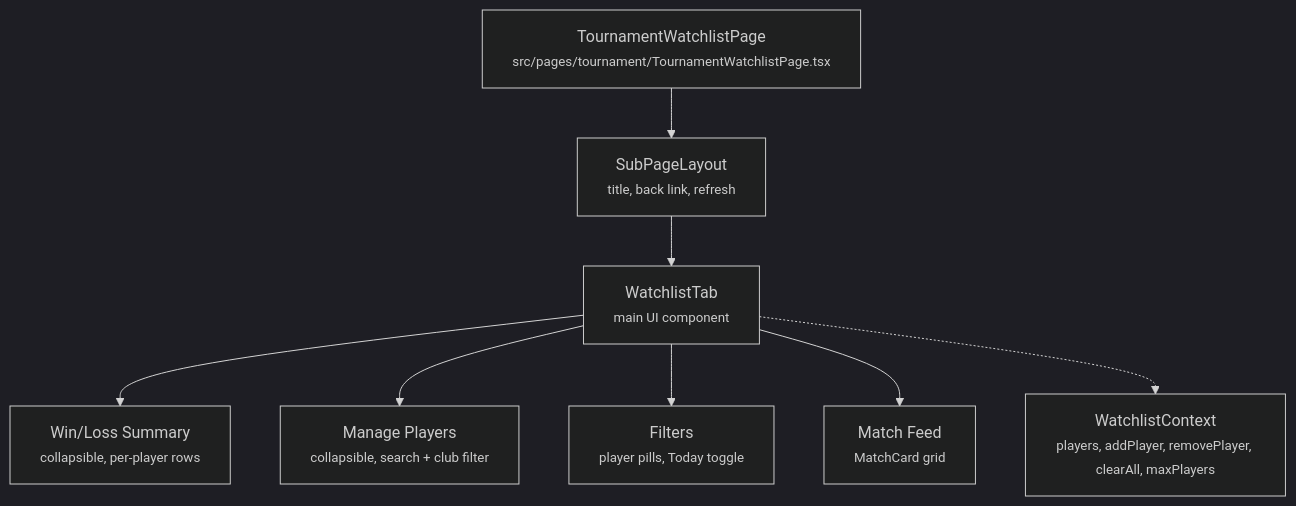
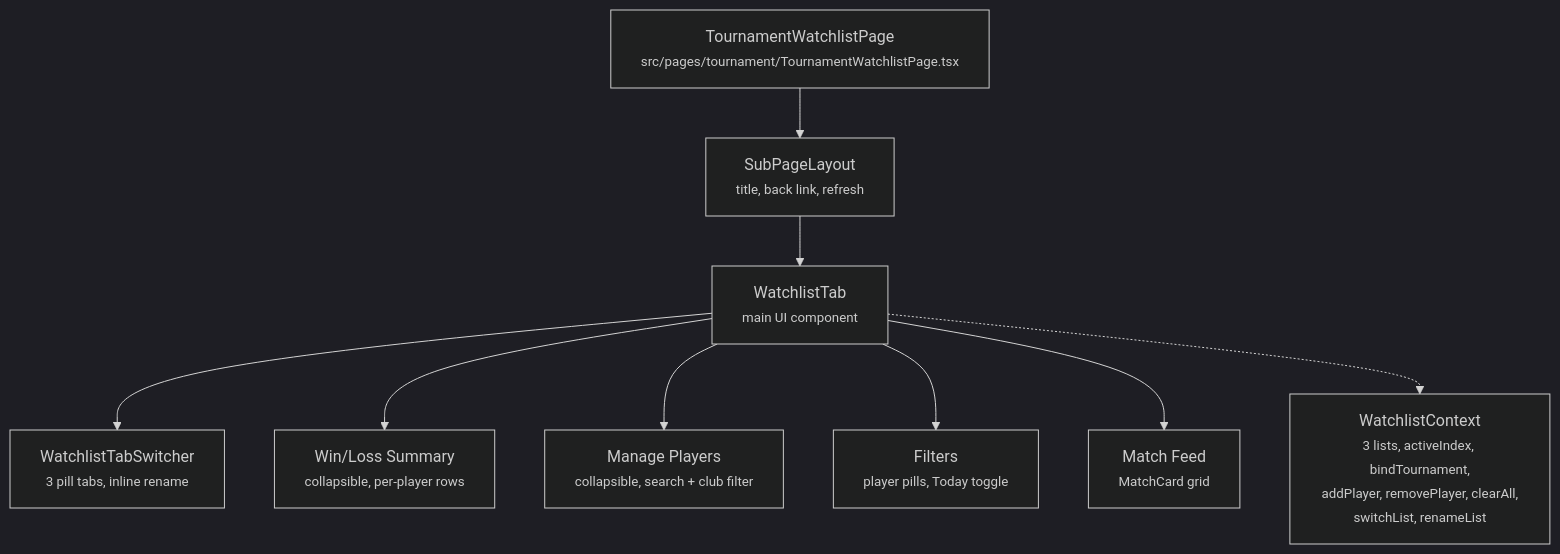
Before and after one commit to pookyl/usab-junior: the second of 2 diagrams in docs/design/tournaments-watchlist.md, drawn with Mermaid (dark theme). The commit also changed other lines of this file and 2 other files, not shown here.

First line of the commit message:
Add multi-watchlist with localStorage persistence

````diff
--- a/docs/design/tournaments-watchlist.md
+++ b/docs/design/tournaments-watchlist.md
@@ -61,12 +135,13 @@
 ```mermaid
 graph TD
     Page["TournamentWatchlistPage<br/><small>src/pages/tournament/TournamentWatchlistPage.tsx</small>"] --> SubPage["SubPageLayout<br/><small>title, back link, refresh</small>"]
     SubPage --> Tab["WatchlistTab<br/><small>main UI component</small>"]
 
+    Tab --> Switcher["WatchlistTabSwitcher<br/><small>3 pill tabs, inline rename</small>"]
     Tab --> Summary["Win/Loss Summary<br/><small>collapsible, per-player rows</small>"]
     Tab --> Picker["Manage Players<br/><small>collapsible, search + club filter</small>"]
     Tab --> Filters["Filters<br/><small>player pills, Today toggle</small>"]
     Tab --> MatchList["Match Feed<br/><small>MatchCard grid</small>"]
 
-    Tab -.-> WC["WatchlistContext<br/><small>players, addPlayer, removePlayer, clearAll, maxPlayers</small>"]
+    Tab -.-> WC["WatchlistContext<br/><small>3 lists, activeIndex, bindTournament,<br/>addPlayer, removePlayer, clearAll,<br/>switchList, renameList</small>"]
 ```
````
